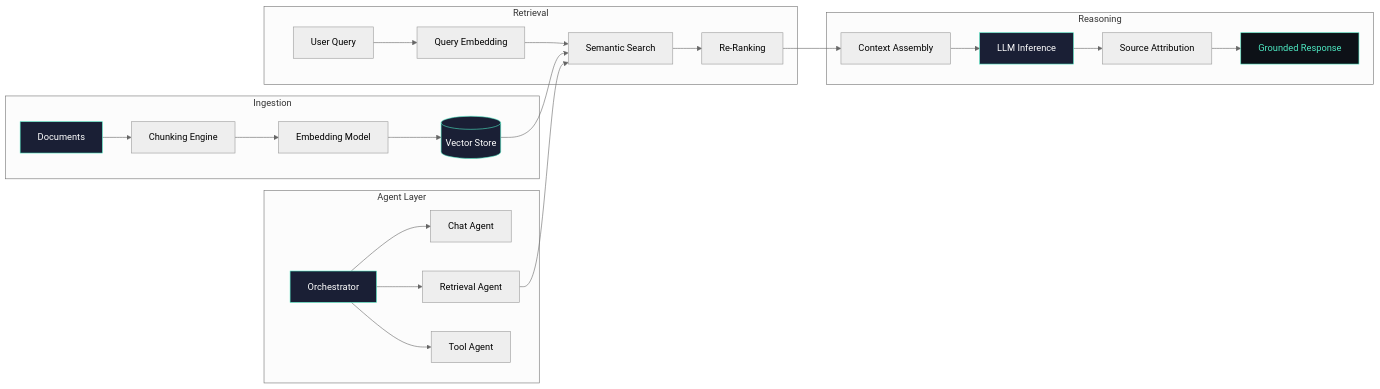
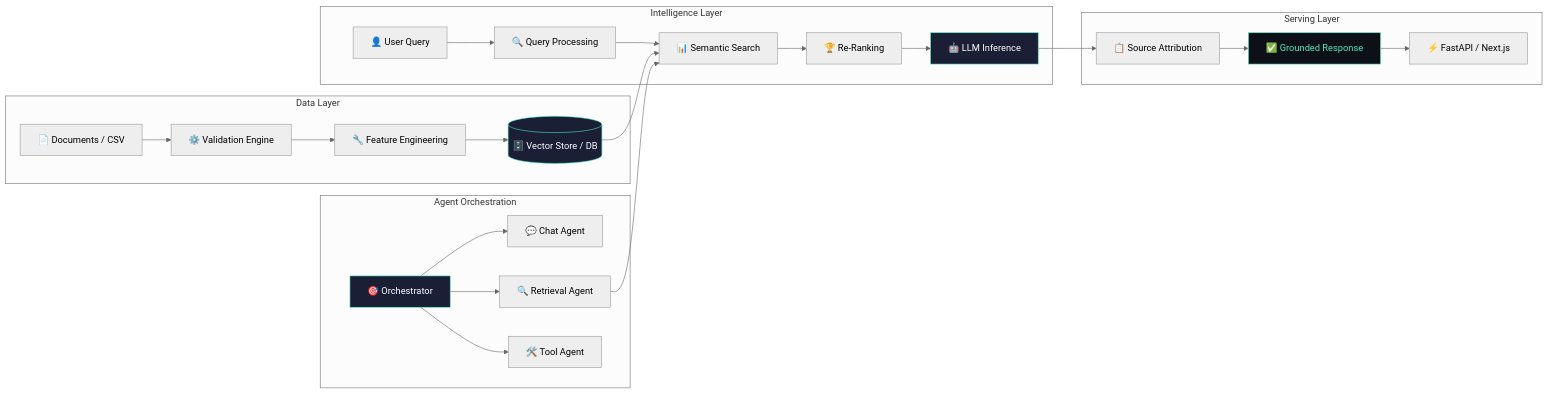
Before and after one commit to kumarvishal10351/kumarvishal10351: the diagram in README.md, drawn with Mermaid (neutral theme). The commit also changed other lines of this file, not shown here.

````diff
--- a/README.md
+++ b/README.md
@@ -141,35 +184,34 @@
 ```mermaid
 graph LR
-    subgraph Ingestion
-        A[Documents] --> B[Chunking Engine]
-        B --> C[Embedding Model]
-        C --> D[(Vector Store)]
+    subgraph Data Layer
+        A["📄 Documents / CSV"] --> B["⚙️ Validation Engine"]
+        B --> C["🔧 Feature Engineering"]
+        C --> D[("🗄️ Vector Store / DB")]
     end
 
-    subgraph Retrieval
-        E[User Query] --> F[Query Embedding]
-        F --> G[Semantic Search]
+    subgraph Intelligence Layer
+        E["👤 User Query"] --> F["🔍 Query Processing"]
+        F --> G["📊 Semantic Search"]
         D --> G
-        G --> H[Re-Ranking]
+        G --> H["🏆 Re-Ranking"]
+        H --> I["🤖 LLM Inference"]
     end
 
-    subgraph Reasoning
-        H --> I[Context Assembly]
-        I --> J[LLM Inference]
-        J --> K[Source Attribution]
-        K --> L[Grounded Response]
+    subgraph Serving Layer
+        I --> J["📋 Source Attribution"]
+        J --> K["✅ Grounded Response"]
+        K --> L["⚡ FastAPI / Next.js"]
     end
 
-    subgraph Agent Layer
-        M[Orchestrator] --> N[Chat Agent]
-        M --> O[Retrieval Agent]
-        M --> P[Tool Agent]
+    subgraph Agent Orchestration
+        M["🎯 Orchestrator"] --> N["💬 Chat Agent"]
+        M --> O["🔍 Retrieval Agent"]
+        M --> P["🛠️ Tool Agent"]
         O --> G
     end
 
-    style A fill:#1a1f35,stroke:#4de8c2,color:#fff
     style D fill:#1a1f35,stroke:#4de8c2,color:#fff
-    style J fill:#1a1f35,stroke:#4de8c2,color:#fff
+    style I fill:#1a1f35,stroke:#4de8c2,color:#fff
     style M fill:#1a1f35,stroke:#4de8c2,color:#fff
-    style L fill:#0d1117,stroke:#4de8c2,color:#4de8c2
+    style K fill:#0d1117,stroke:#4de8c2,color:#4de8c2
 ```
````
